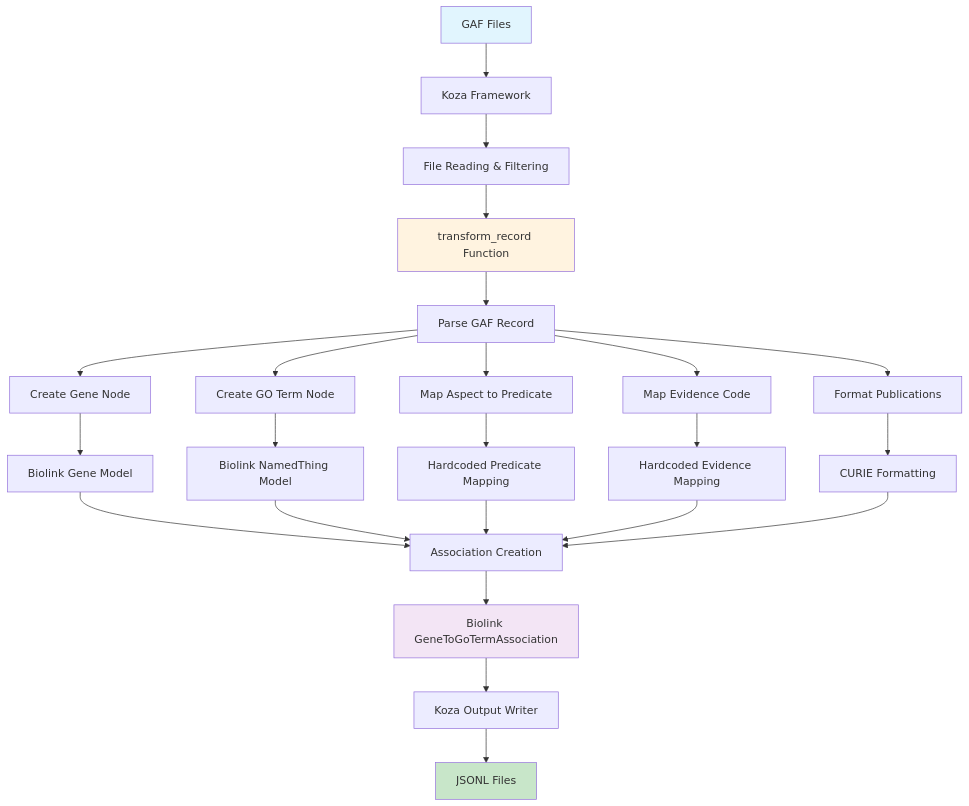
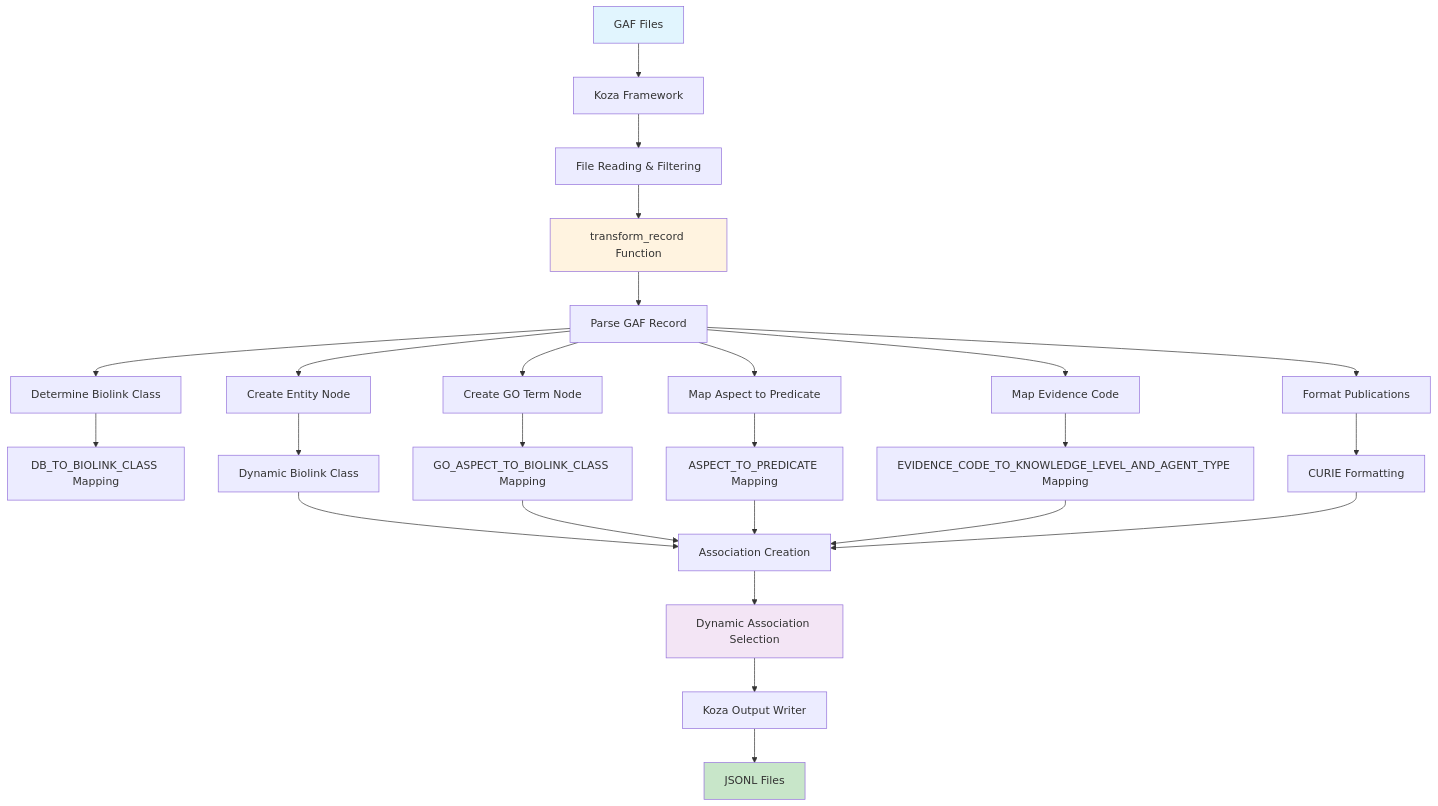
Before and after one commit to NCATSTranslator/translator-ingests: the diagram in src/translator_ingest/ingests/goa/README.md, drawn with Mermaid. The commit also changed other lines of this file and 6 other files, not shown here.

````diff
--- a/src/translator_ingest/ingests/goa/README.md
+++ b/src/translator_ingest/ingests/goa/README.md
@@ -33,34 +34,36 @@
 ```mermaid
 flowchart TD
     A[GAF Files] --> B[Koza Framework]
     B --> C[File Reading & Filtering]
     C --> D[transform_record Function]
     
     D --> E[Parse GAF Record]
-    E --> F[Create Gene Node]
-    E --> G[Create GO Term Node]
-    E --> H[Map Aspect to Predicate]
-    E --> I[Map Evidence Code]
-    E --> J[Format Publications]
+    E --> F[Determine Biolink Class]
+    E --> G[Create Entity Node]
+    E --> H[Create GO Term Node]
+    E --> I[Map Aspect to Predicate]
+    E --> J[Map Evidence Code]
+    E --> K[Format Publications]
     
-    F --> K[Biolink Gene Model]
-    G --> L[Biolink NamedThing Model]
-    H --> M[Hardcoded Predicate Mapping]
-    I --> N[Hardcoded Evidence Mapping]
-    J --> O[CURIE Formatting]
+    F --> L[DB_TO_BIOLINK_CLASS Mapping]
+    G --> M[Dynamic Biolink Class]
+    H --> N[GO_ASPECT_TO_BIOLINK_CLASS Mapping]
+    I --> O[ASPECT_TO_PREDICATE Mapping]
+    J --> P[EVIDENCE_CODE_TO_KNOWLEDGE_LEVEL_AND_AGENT_TYPE Mapping]
+    K --> Q[CURIE Formatting]
     
-    K --> P[Association Creation]
-    L --> P
-    M --> P
-    N --> P
-    O --> P
+    M --> R[Association Creation]
+    N --> R
+    O --> R
+    P --> R
+    Q --> R
     
-    P --> Q[Biolink GeneToGoTermAssociation]
-    Q --> R[Koza Output Writer]
-    R --> S[JSONL Files]
+    R --> S[Dynamic Association Selection]
+    S --> T[Koza Output Writer]
+    T --> U[JSONL Files]
     
     style A fill:#e1f5fe
-    style S fill:#c8e6c9
+    style U fill:#c8e6c9
     style D fill:#fff3e0
-    style Q fill:#f3e5f5
+    style S fill:#f3e5f5
 ```
````
